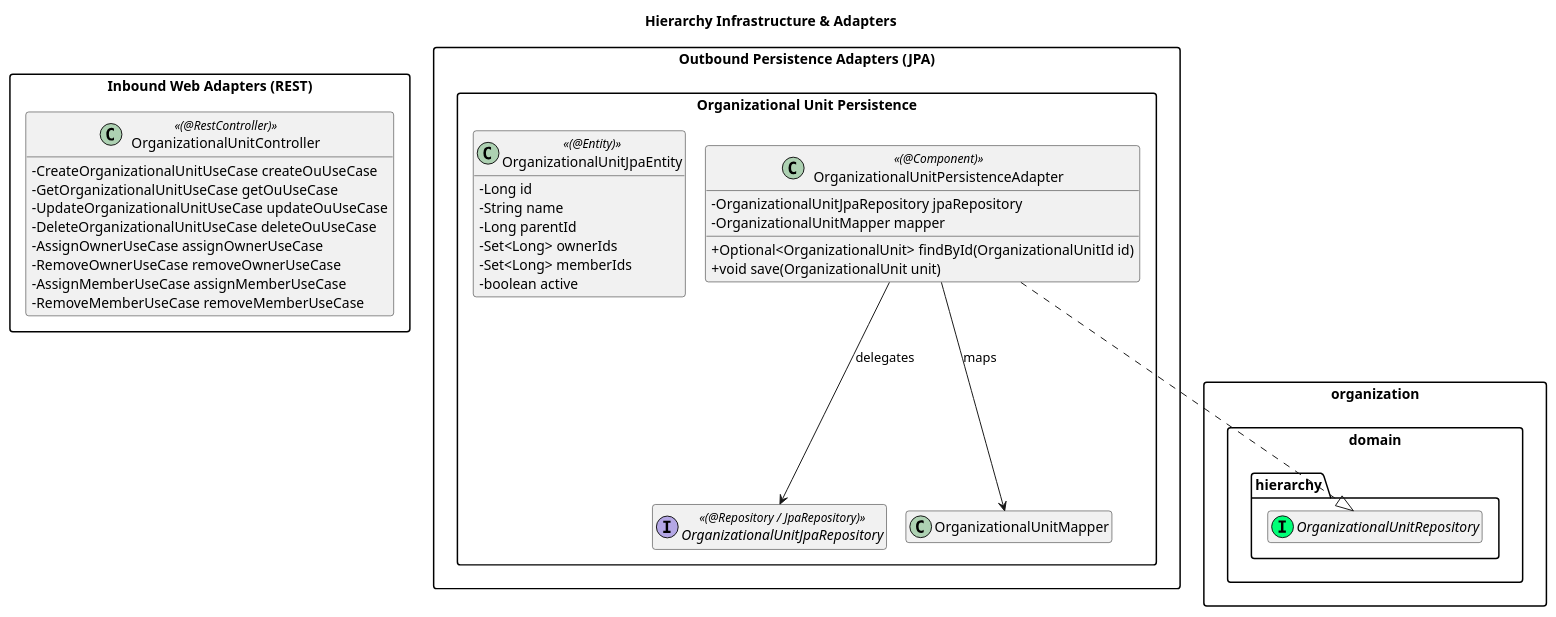
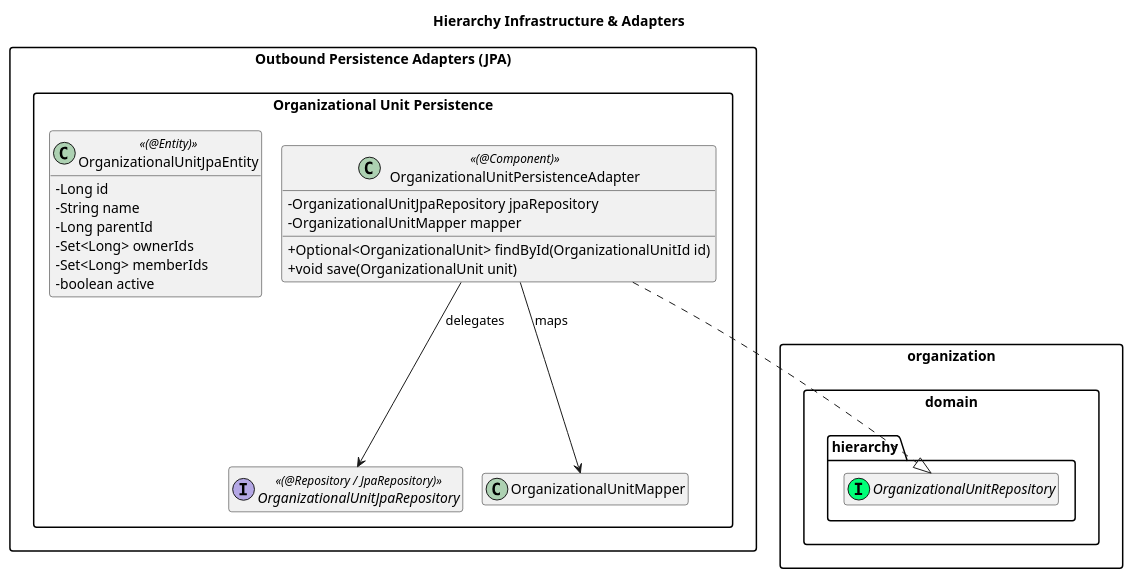
Before and after one commit to erikandreasdev/oulearning: the diagram in doc/organization/hierarchy/infrastructure.puml, drawn with PlantUML. The commit also changed 49 other files, not shown here.

```diff
--- a/doc/organization/hierarchy/infrastructure.puml
+++ b/doc/organization/hierarchy/infrastructure.puml
@@ -1,54 +1,42 @@
 @startuml infrastructure_hierarchy
 skinparam classAttributeIconSize 0
 hide empty members
 skinparam shadowing false
 skinparam roundcorner 6
 skinparam packageStyle rectangle
 skinparam nodesep 20
 skinparam ranksep 25
 
 title Hierarchy Infrastructure & Adapters
 
-package "Inbound Web Adapters (REST)" {
-  class OrganizationalUnitController << (@RestController) >> {
-    - CreateOrganizationalUnitUseCase createOuUseCase
-    - GetOrganizationalUnitUseCase getOuUseCase
-    - UpdateOrganizationalUnitUseCase updateOuUseCase
-    - DeleteOrganizationalUnitUseCase deleteOuUseCase
-    - AssignOwnerUseCase assignOwnerUseCase
-    - RemoveOwnerUseCase removeOwnerUseCase
-    - AssignMemberUseCase assignMemberUseCase
-    - RemoveMemberUseCase removeMemberUseCase
-  }
-}
 
 package "Outbound Persistence Adapters (JPA)" {
   package "Organizational Unit Persistence" {
     class OrganizationalUnitPersistenceAdapter << (@Component) >> {
       - OrganizationalUnitJpaRepository jpaRepository
       - OrganizationalUnitMapper mapper
       + Optional<OrganizationalUnit> findById(OrganizationalUnitId id)
       + void save(OrganizationalUnit unit)
     }
     interface OrganizationalUnitJpaRepository << (@Repository / JpaRepository) >>
     class OrganizationalUnitJpaEntity << (@Entity) >> {
       - Long id
       - String name
       - Long parentId
       - Set<Long> ownerIds
       - Set<Long> memberIds
       - boolean active
     }
     class OrganizationalUnitMapper
   }
 }
 
 package organization.domain.hierarchy <<Folder>> {
   interface OrganizationalUnitRepository << (I, #00FF77) >>
 }
 
 OrganizationalUnitPersistenceAdapter ..|> OrganizationalUnitRepository
 OrganizationalUnitPersistenceAdapter --> OrganizationalUnitJpaRepository : delegates
 OrganizationalUnitPersistenceAdapter --> OrganizationalUnitMapper : maps
 
 @enduml
```
